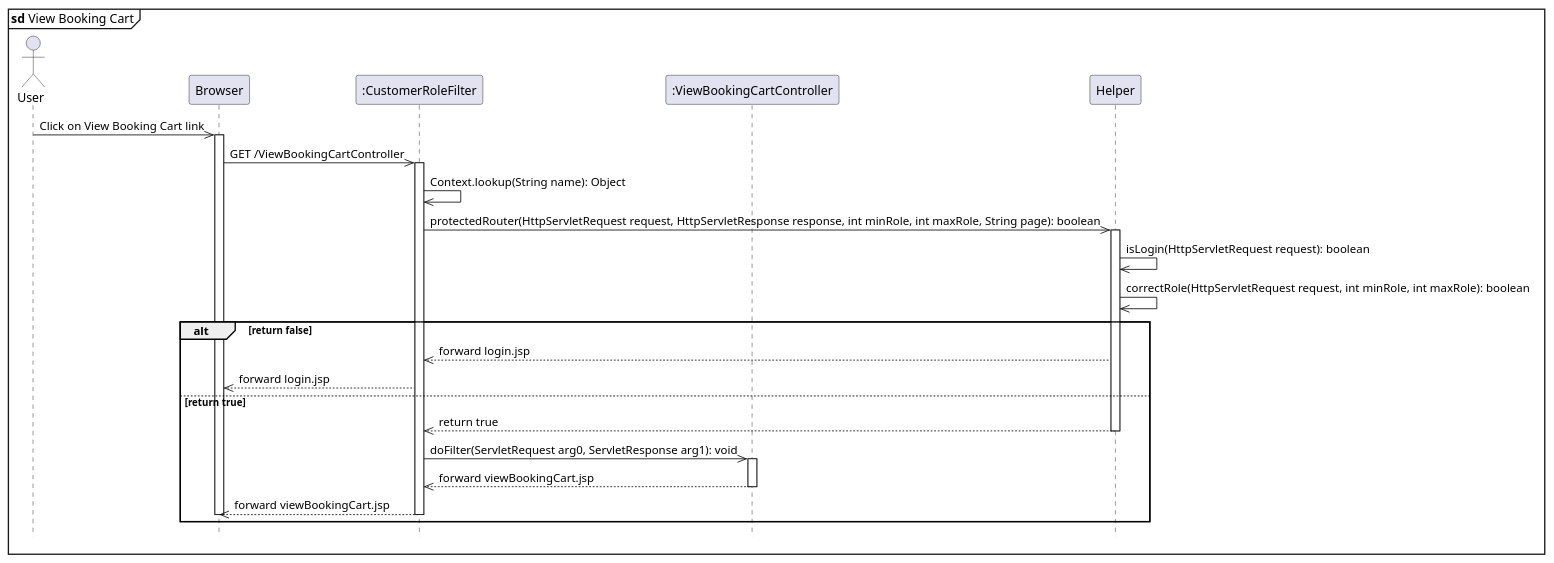
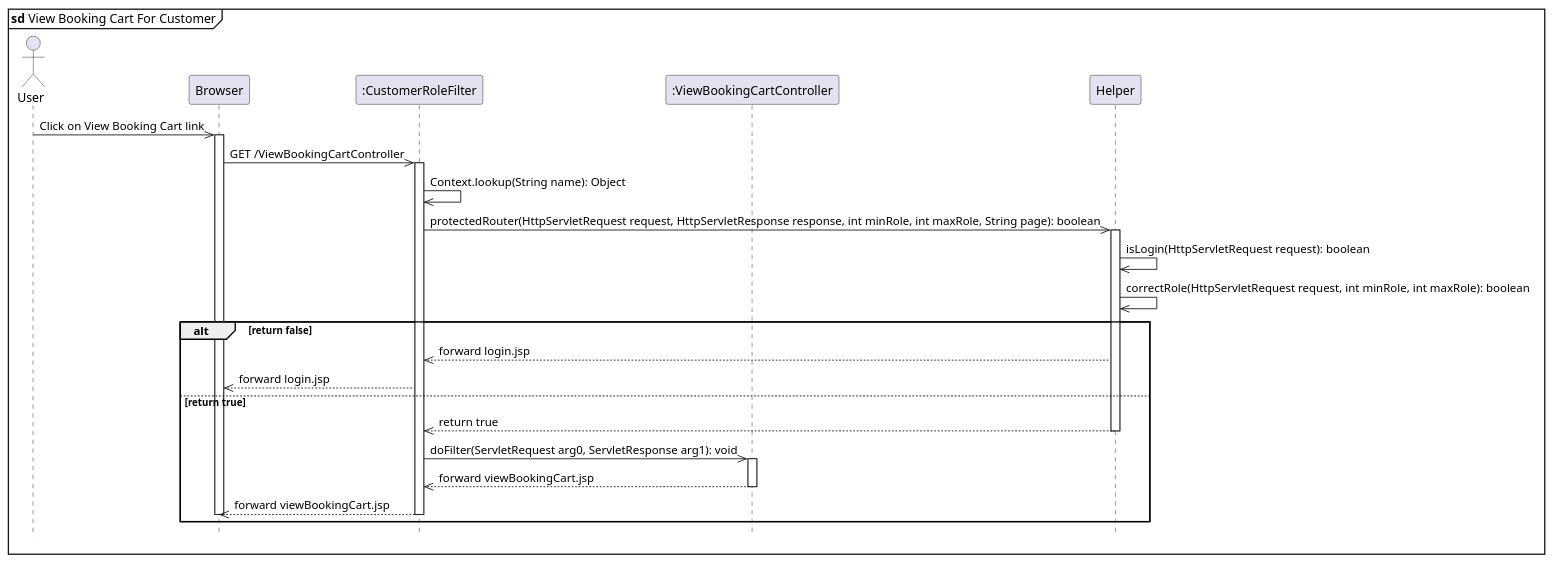
The diagram in data/viewBookingCart.puml (tantruong2303/booking-hotel), drawn with PlantUML before and after one commit. The commit also changed 6 other files, not shown here.

```diff
--- a/data/viewBookingCart.puml
+++ b/data/viewBookingCart.puml
@@ -1,35 +1,35 @@
 @startuml viewBookingCart
 
 hide footbox
-mainframe <b>sd</b> View Booking Cart
+mainframe <b>sd</b> View Booking Cart For Customer
 actor User
 participant "Browser" as Browser
 participant ":CustomerRoleFilter" as CustomerRoleFilter
 participant ":ViewBookingCartController" as ViewBookingCartController
 participant "Helper" as Helper
 
 User ->> Browser: Click on View Booking Cart link
 activate Browser
 
 Browser ->> CustomerRoleFilter: GET /ViewBookingCartController
 activate CustomerRoleFilter
 CustomerRoleFilter ->> CustomerRoleFilter: Context.lookup(String name): Object
 CustomerRoleFilter ->> Helper: protectedRouter(HttpServletRequest request, HttpServletResponse response, int minRole, int maxRole, String page): boolean
 activate Helper
 Helper ->> Helper: isLogin(HttpServletRequest request): boolean
 Helper ->> Helper: correctRole(HttpServletRequest request, int minRole, int maxRole): boolean
 alt return false 
     Helper -->> CustomerRoleFilter: forward login.jsp
     CustomerRoleFilter -->> Browser: forward login.jsp
 else return true
     Helper -->> CustomerRoleFilter: return true
     deactivate Helper
     CustomerRoleFilter ->> ViewBookingCartController: doFilter(ServletRequest arg0, ServletResponse arg1): void
     activate ViewBookingCartController
     ViewBookingCartController -->> CustomerRoleFilter: forward viewBookingCart.jsp
     deactivate ViewBookingCartController
     CustomerRoleFilter -->> Browser: forward viewBookingCart.jsp
     deactivate CustomerRoleFilter
     deactivate Browser
 end
 @enduml
```
